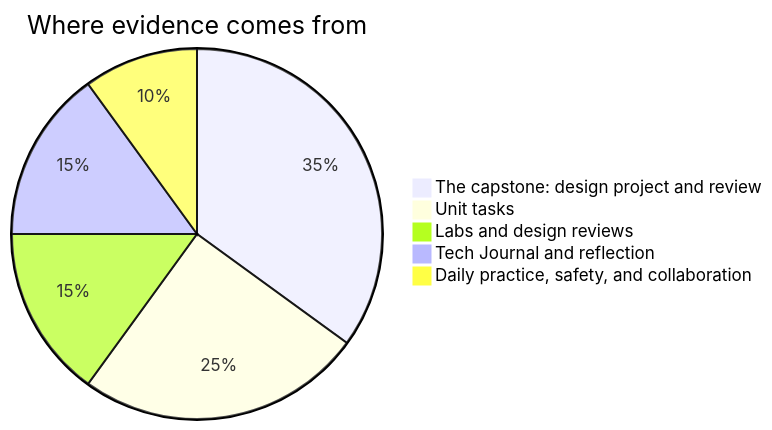
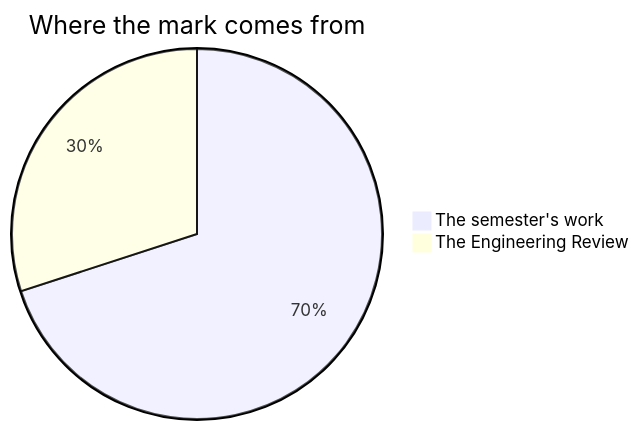
One commit to russellgordon/containerized-quartz-for-teachers changed the diagram in support/example_content/TEJ4M/shared/Setup/How Marks Work.md. Above: the diagram before and after it, drawn with Mermaid. The commit also changed other lines of this file and 68 other files, not shown here.

````diff
--- a/support/example_content/TEJ4M/shared/Setup/How Marks Work.md
+++ b/support/example_content/TEJ4M/shared/Setup/How Marks Work.md
@@ -18,8 +26,5 @@
 ```mermaid
-pie title Where evidence comes from
-    "The capstone: design project and review" : 35
-    "Unit tasks" : 25
-    "Labs and design reviews" : 15
-    "Tech Journal and reflection" : 15
-    "Daily practice, safety, and collaboration" : 10
+pie title Where the mark comes from
+    "The semester's work" : 70
+    "The Engineering Review" : 30
 ```
````
